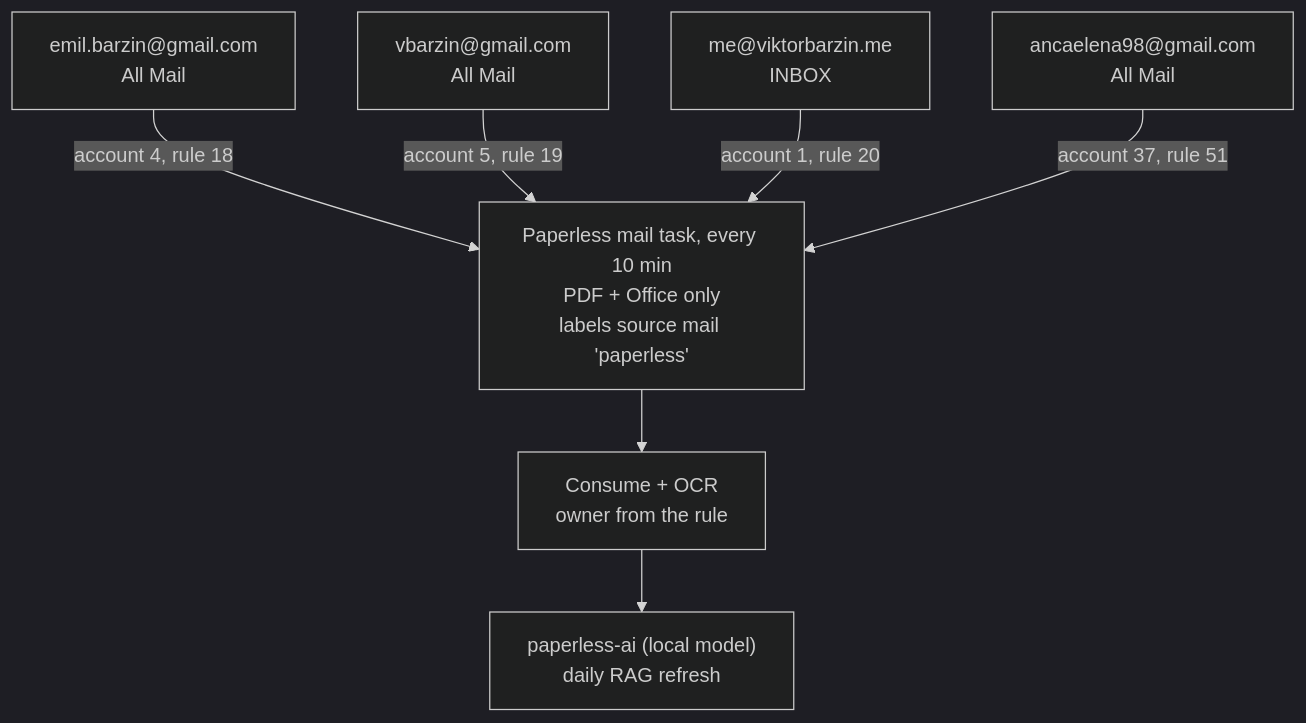
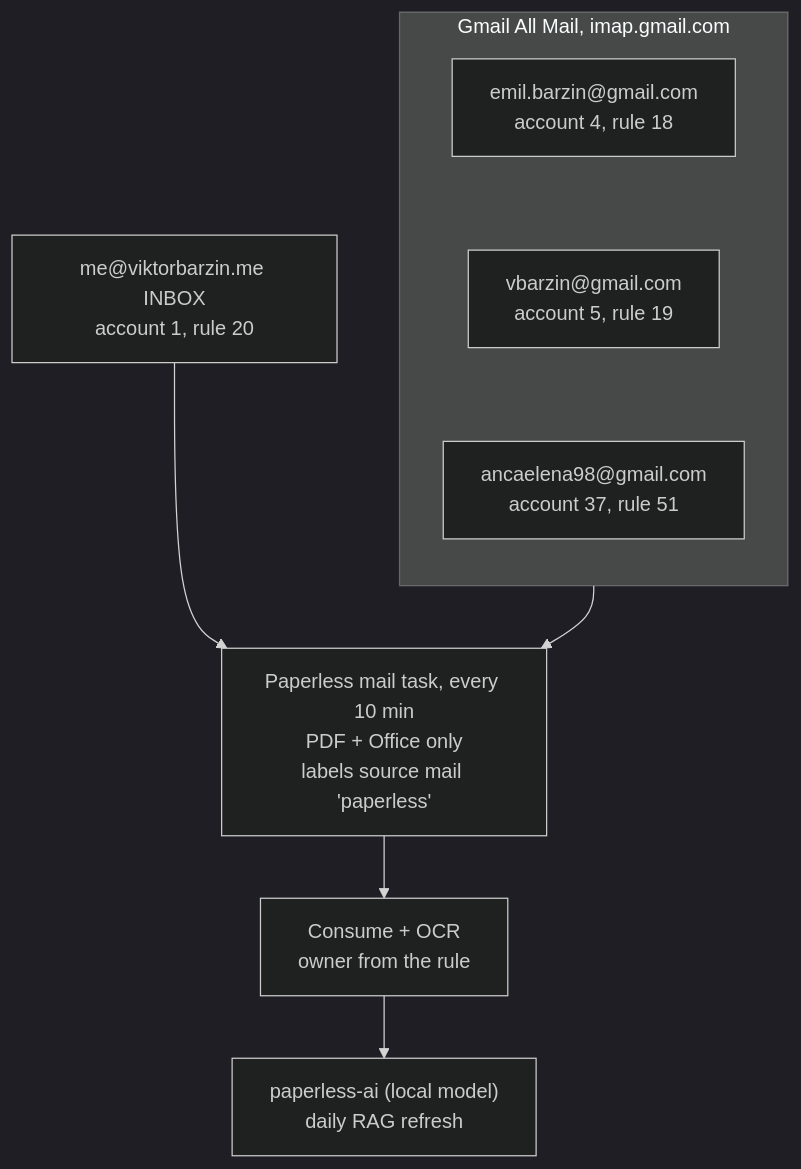
One commit to ViktorBarzin/infra changed the diagram in docs/adr/0029-paperless-polls-mailboxes-directly.md. Above: the diagram before and after it, drawn with Mermaid (dark theme).

Commit message:
ADR-0029: stack the mailbox diagram so Anca's box fits on a phone
The fourth mailbox made the flowchart too wide and clipped Anca's node on
the published page; the Gmail accounts now sit in one vertical group.

````diff
--- a/docs/adr/0029-paperless-polls-mailboxes-directly.md
+++ b/docs/adr/0029-paperless-polls-mailboxes-directly.md
@@ -52,9 +52,15 @@
 ```mermaid
 flowchart TD
-  EG["emil.barzin@gmail.com<br/>All Mail"] -->|"account 4, rule 18"| P
-  VG["vbarzin@gmail.com<br/>All Mail"] -->|"account 5, rule 19"| P
-  ME["me@viktorbarzin.me<br/>INBOX"] -->|"account 1, rule 20"| P
-  AG["ancaelena98@gmail.com<br/>All Mail"] -->|"account 37, rule 51"| P
+  subgraph GM["Gmail All Mail, imap.gmail.com"]
+    direction TB
+    EG["emil.barzin@gmail.com<br/>account 4, rule 18"]
+    VG["vbarzin@gmail.com<br/>account 5, rule 19"]
+    AG["ancaelena98@gmail.com<br/>account 37, rule 51"]
+    EG ~~~ VG ~~~ AG
+  end
+  ME["me@viktorbarzin.me INBOX<br/>account 1, rule 20"]
+  GM --> P
+  ME --> P
   P["Paperless mail task, every 10 min<br/>PDF + Office only<br/>labels source mail 'paperless'"] --> C["Consume + OCR<br/>owner from the rule"]
   C --> AI["paperless-ai (local model)<br/>daily RAG refresh"]
 ```
````
